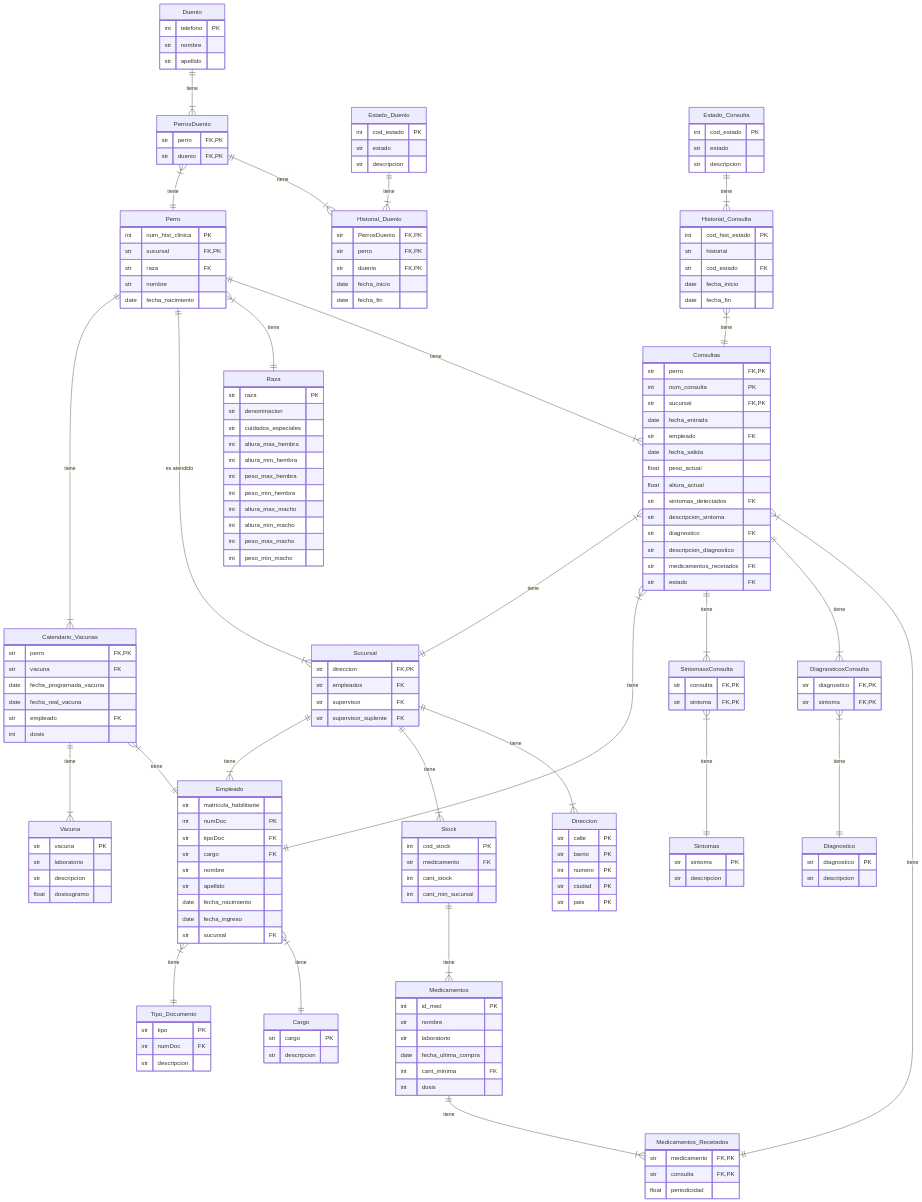
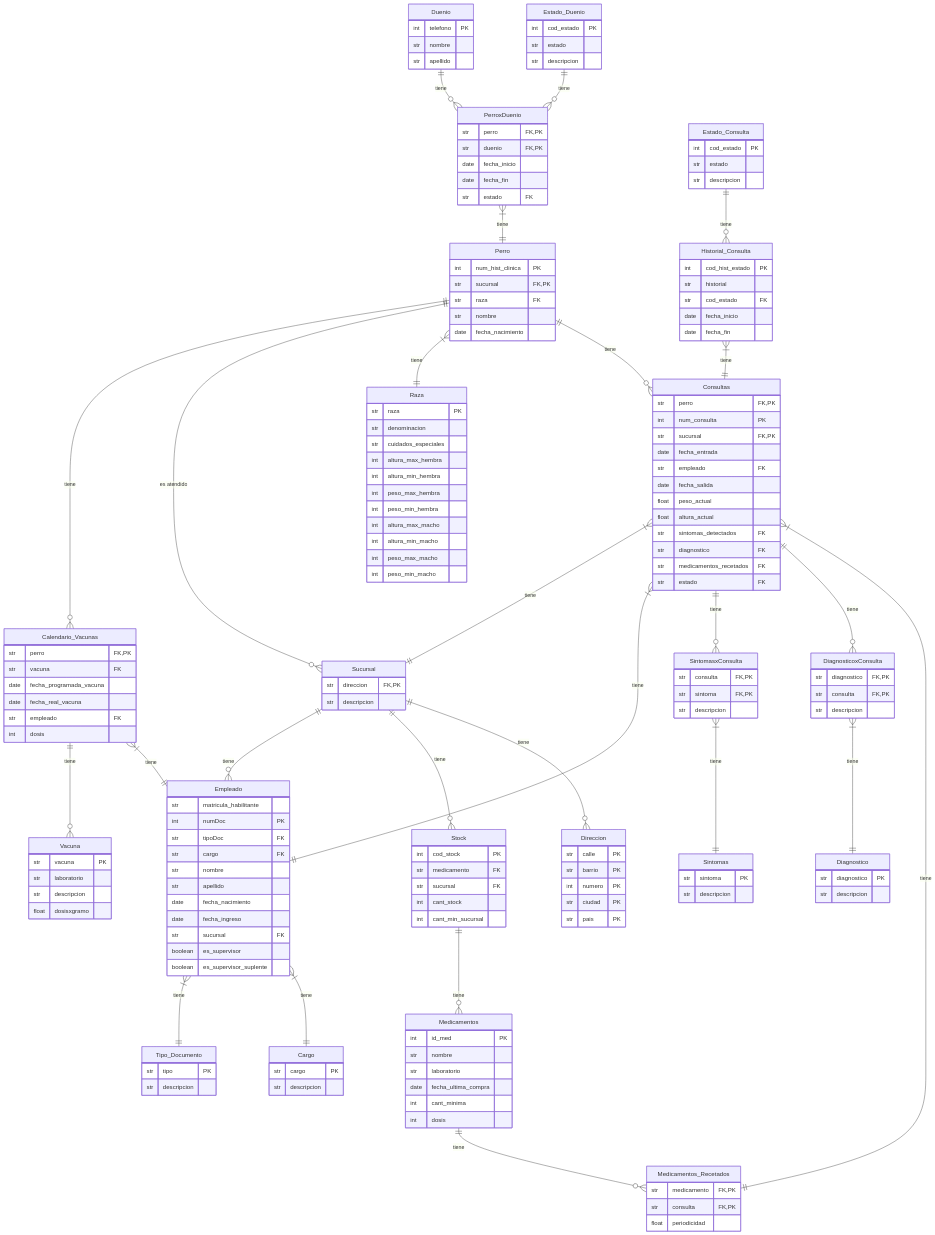
The diagram in docs_extras/er.mmd (Villada-PG3/trabajo-practico-integrador-veterinaria-el-sabueso-feliz), drawn with Mermaid before and after one commit.

Commit message:
er, antes estaba en la carpeta de la app y no se subio

```diff
--- a/docs_extras/er.mmd
+++ b/docs_extras/er.mmd
@@ -1,190 +1,177 @@
 erDiagram
-    Sucursal{
+    Sucursal {
         str direccion FK, PK
-        str empleados FK
-        str supervisor FK
-        str supervisor_suplente FK
+        str descripcion
     }
-    Direccion{
-    str calle PK
-    str barrio PK
-    int numero PK
-    str ciudad PK
-    str pais PK
+    Direccion {
+        str calle PK
+        str barrio PK
+        int numero PK
+        str ciudad PK
+        str pais PK
     }
-    Empleado{
+    Empleado {
         str matricula_habilitante
         int numDoc PK
         str tipoDoc FK
         str cargo FK
         str nombre
         str apellido
         date fecha_nacimiento
         date fecha_ingreso
         str sucursal FK
+        boolean es_supervisor
+        boolean es_supervisor_suplente
     }
-    Tipo_Documento{
+    Tipo_Documento {
         str tipo PK
-        int numDoc FK
         str descripcion
     }
-    Cargo{
+    Cargo {
         str cargo PK
         str descripcion
     }
-    Raza{
+    Raza {
         str raza PK
         str denominacion
         str cuidados_especiales
         int altura_max_hembra
         int altura_min_hembra
         int peso_max_hembra
         int peso_min_hembra        
         int altura_max_macho
         int altura_min_macho
         int peso_max_macho
         int peso_min_macho
     }
-    Perro{
+    Perro {
         int num_hist_clinica PK
         str sucursal FK, PK
         str raza FK
         str nombre
         date fecha_nacimiento
     }
-    PerroxDuenio{
+    PerroxDuenio {
         str perro FK, PK
         str duenio FK, PK
-        
-        }
-    Duenio{
+        date fecha_inicio
+        date fecha_fin
+        str estado FK
+    }
+    
+    Duenio {
         int telefono PK
         str nombre
         str apellido
     }
-    Calendario_Vacunas{
+    Calendario_Vacunas {
         str perro FK, PK
         str vacuna FK
         date fecha_programada_vacuna
         date fecha_real_vacuna
         str empleado FK
         int dosis
     }
-    Vacuna{
+    Vacuna {
         str vacuna PK
         str laboratorio
         str descripcion
         float dosisxgramo
     }
-    Consultas{
+    Consultas {
         str perro FK, PK
         int num_consulta PK
         str sucursal FK, PK
         date fecha_entrada
         str empleado FK
         date fecha_salida
         float peso_actual
         float altura_actual
         str sintomas_detectados FK
-        str descripcion_sintoma
         str diagnostico FK
-        str descripcion_diagnostico
         str medicamentos_recetados FK
         str estado FK
     }
-    Medicamentos_Recetados{
+    Medicamentos_Recetados {
         str medicamento FK, PK
         str consulta FK, PK
         float periodicidad
     }
-    Medicamentos{
+    Medicamentos {
         int id_med PK
         str nombre
         str laboratorio
         date fecha_ultima_compra
-        int cant_minima FK
+        int cant_minima 
         int dosis
     }
-    Stock{
+    Stock {
         int cod_stock PK
         str medicamento FK
+        str sucursal FK
         int cant_stock
         int cant_min_sucursal
     }
-
-
-    Diagnostico{
+    Diagnostico {
         str diagnostico PK
         str descripcion
     }
-    Sintomas{
+    Sintomas {
         str sintoma PK
         str descripcion
     }
     Estado_Duenio {
         int cod_estado PK
         str estado
         str descripcion
-
     }
-    Historial_Consulta{
+    Historial_Consulta {
         int cod_hist_estado PK
         str historial
         str cod_estado FK
         date fecha_inicio
         date fecha_fin
     }
-
-    SintomasxConsulta{
+    SintomasxConsulta {
         str consulta FK, PK
         str sintoma FK, PK
+        str descripcion
     }
-    DiagnosticoxConsulta{
+    DiagnosticoxConsulta {
         str diagnostico FK, PK
-        str sintoma FK, PK
+        str consulta FK, PK
+        str descripcion
     }
-    Historial_Duenio{
-        str PerroxDuenio FK, PK
-        str perro FK, PK
-        str duenio FK ,PK
-        date fecha_inicio
-        date fecha_fin
-    }
+    
     Estado_Consulta {
         int cod_estado PK
         str estado
         str descripcion
     }
 
-
-
-
-Perro ||--|{ Calendario_Vacunas:tiene
-Calendario_Vacunas ||--|{ Vacuna:tiene
-Calendario_Vacunas }|--|| Empleado:tiene
-Empleado }|--|| Tipo_Documento:tiene
-Empleado }|--|| Cargo:tiene
-Sucursal ||--|{ Empleado:tiene
-
-
-Sucursal ||--|{ Stock:tiene
-
-Sucursal ||--|{ Direccion:tiene
-Perro ||--|{ Sucursal:"es atendido"
-Perro }|--|| Raza:tiene
-PerroxDuenio }|--|| Perro:tiene
-Perro ||--|{ Consultas:tiene
-Consultas }|--|| Sucursal:tiene
-Consultas }|--|| Empleado:tiene
-Consultas ||--|{ SintomasxConsulta:tiene
-SintomasxConsulta }|--|| Sintomas:tiene
-Consultas ||--|{ DiagnosticoxConsulta:tiene
-DiagnosticoxConsulta }|--|| Diagnostico:tiene
-Duenio ||--|{ PerroxDuenio:tiene
-PerroxDuenio ||--|{ Historial_Duenio:tiene
-Estado_Duenio ||--|{ Historial_Duenio: tiene
-Consultas }|--|| Medicamentos_Recetados:tiene
-Stock ||--|{ Medicamentos:tiene
-Medicamentos ||--|{ Medicamentos_Recetados:tiene
-Estado_Consulta ||--|{ Historial_Consulta:tiene
-Historial_Consulta }|--|| Consultas: tiene
+    Perro ||--o{ Calendario_Vacunas : "tiene"
+    Calendario_Vacunas ||--o{ Vacuna : "tiene"
+    Calendario_Vacunas }|--|| Empleado : "tiene"
+    Empleado }|--|| Tipo_Documento : "tiene"
+    Empleado }|--|| Cargo : "tiene"
+    Sucursal ||--o{ Empleado : "tiene"
+    Sucursal ||--o{ Stock : "tiene"
+    Sucursal ||--o{ Direccion : "tiene"
+    Perro ||--o{ Sucursal : "es atendido"
+    Perro }|--|| Raza : "tiene"
+    PerroxDuenio }|--|| Perro : "tiene"
+    Perro ||--o{ Consultas : "tiene"
+    Consultas }|--|| Sucursal : "tiene"
+    Consultas }|--|| Empleado : "tiene"
+    Consultas ||--o{ SintomasxConsulta : "tiene"
+    SintomasxConsulta }|--|| Sintomas : "tiene"
+    Consultas ||--o{ DiagnosticoxConsulta : "tiene"
+    DiagnosticoxConsulta }|--|| Diagnostico : "tiene"
+    Duenio ||--o{ PerroxDuenio : "tiene"
+    
+    Estado_Duenio ||--o{ PerroxDuenio : "tiene"
+    Consultas }|--|| Medicamentos_Recetados : "tiene"
+    Stock ||--o{ Medicamentos : "tiene"
+    Medicamentos ||--o{ Medicamentos_Recetados : "tiene"
+    Estado_Consulta ||--o{ Historial_Consulta : "tiene"
+    Historial_Consulta }|--|| Consultas : "tiene"
```
